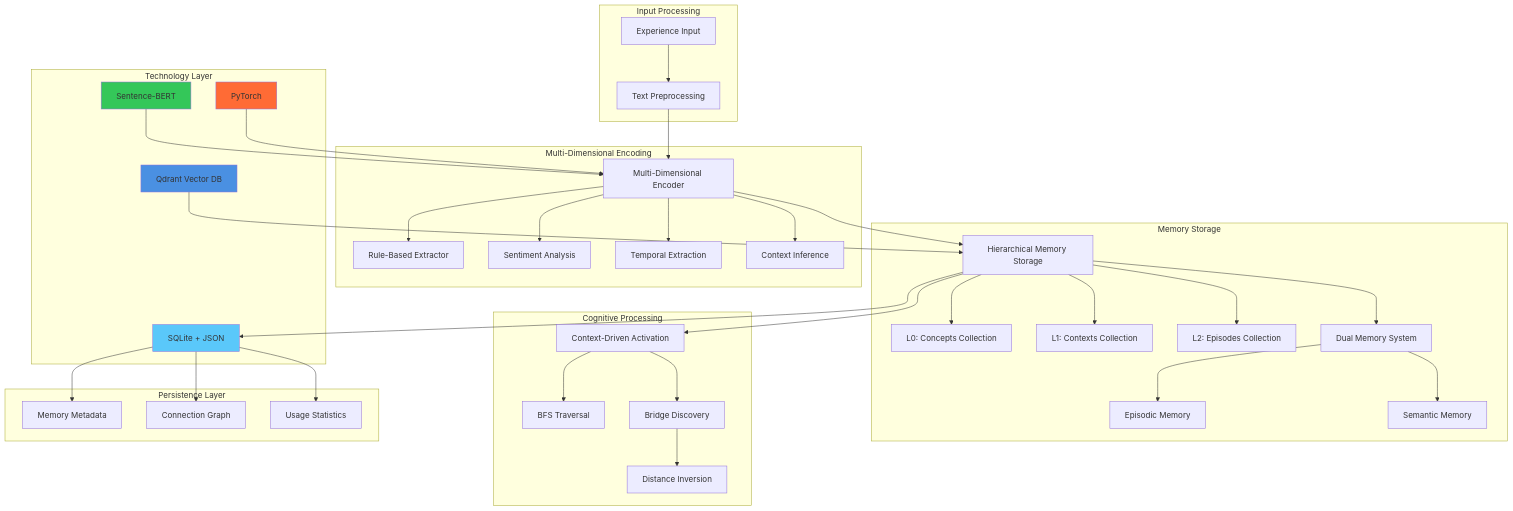
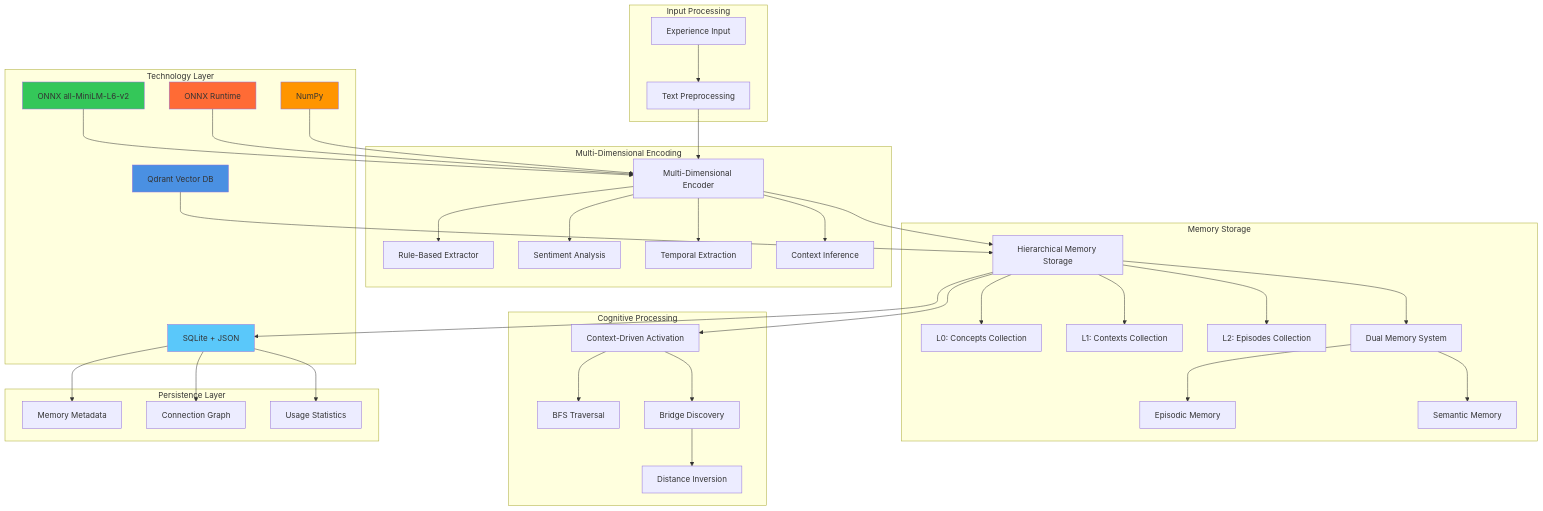
One commit to murdrae/heimdall-mcp-server changed the diagram in docs/arch-docs/architecture-technical-specification.md. Above: the diagram before and after it, drawn with Mermaid. The commit also changed other lines of this file and 1 other file, not shown here.

Commit message:
Update docs to properly relfect ONNX over pytorch use. Also reorganized arch tech spec

````diff
--- a/docs/arch-docs/architecture-technical-specification.md
+++ b/docs/arch-docs/architecture-technical-specification.md
@@ -41,79 +41,82 @@
 ```mermaid
 graph TB
     subgraph "Technology Layer"
-        TORCH[PyTorch]
+        ONNX[ONNX Runtime]
+        NUMPY[NumPy]
         QDRANT[Qdrant Vector DB]
         SQLITE[SQLite + JSON]
-        SBERT[Sentence-BERT]
+        ONNXMODEL[ONNX all-MiniLM-L6-v2]
     end
 
     subgraph "Input Processing"
         EXP[Experience Input]
         TXT[Text Preprocessing]
     end
 
     subgraph "Multi-Dimensional Encoding"
         MDE[Multi-Dimensional Encoder]
         RBE[Rule-Based Extractor]
         SEN[Sentiment Analysis]
         TEM[Temporal Extraction]
         CON[Context Inference]
     end
 
     subgraph "Memory Storage"
         HMS[Hierarchical Memory Storage]
         L0[L0: Concepts Collection]
         L1[L1: Contexts Collection]
         L2[L2: Episodes Collection]
         DMS[Dual Memory System]
         EPI[Episodic Memory]
         SEM[Semantic Memory]
     end
 
     subgraph "Cognitive Processing"
         CAE[Context-Driven Activation]
         BFS[BFS Traversal]
         BDM[Bridge Discovery]
         INV[Distance Inversion]
     end
 
     subgraph "Persistence Layer"
         META[Memory Metadata]
         CONN[Connection Graph]
         STATS[Usage Statistics]
     end
 
     EXP --> TXT
     TXT --> MDE
     MDE --> RBE
     MDE --> SEN
     MDE --> TEM
     MDE --> CON
 
     MDE --> HMS
     HMS --> L0
     HMS --> L1
     HMS --> L2
     HMS --> DMS
     DMS --> EPI
     DMS --> SEM
 
     HMS --> CAE
     CAE --> BFS
     CAE --> BDM
     BDM --> INV
 
     HMS --> SQLITE
     SQLITE --> META
     SQLITE --> CONN
     SQLITE --> STATS
 
-    SBERT --> MDE
-    TORCH --> MDE
+    ONNXMODEL --> MDE
+    ONNX --> MDE
+    NUMPY --> MDE
     QDRANT --> HMS
 
-    style TORCH fill:#ff6b35
+    style ONNX fill:#ff6b35
+    style NUMPY fill:#ff9500
     style QDRANT fill:#4a90e2
     style SQLITE fill:#5ac8fa
-    style SBERT fill:#34c759
+    style ONNXMODEL fill:#34c759
 ```
````
